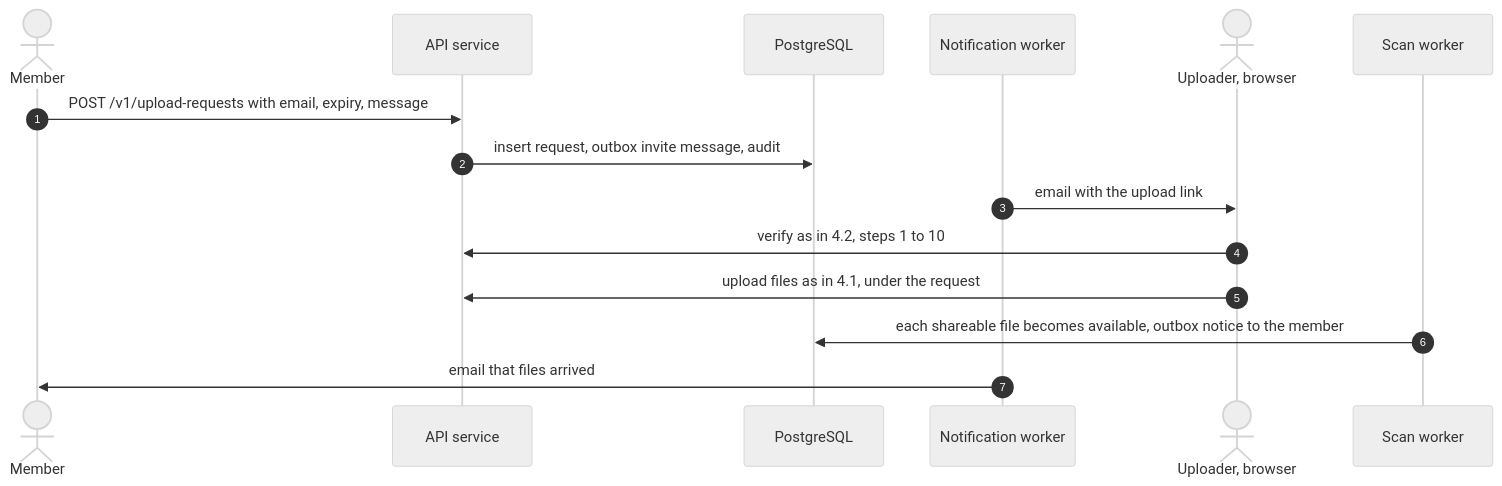
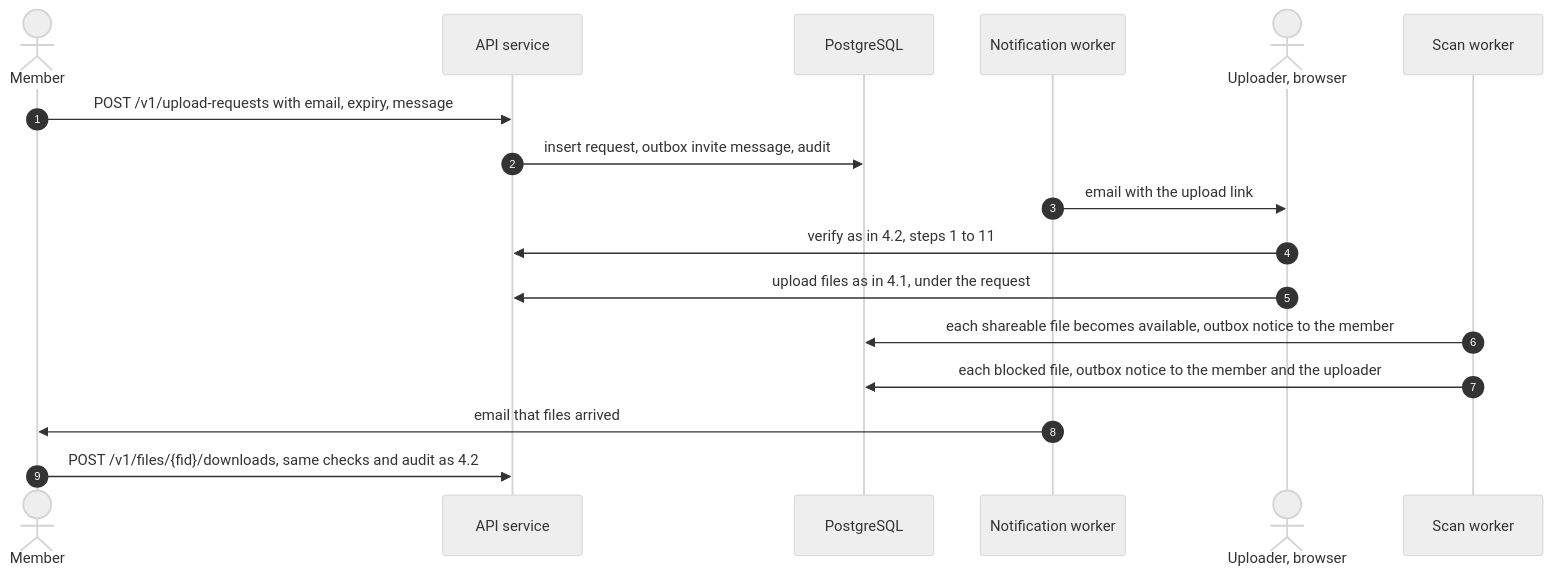
Before and after one commit to codewithmuh/secure-file-transfer: the sixth of 8 diagrams in docs/architecture.md, drawn with Mermaid (neutral theme). The commit also changed other lines of this file, not shown here.

First line of the commit message:
docs: address code review on the architecture (#12)

````diff
--- a/docs/architecture.md
+++ b/docs/architecture.md
@@ -252,17 +283,19 @@
 ```mermaid
 sequenceDiagram
     autonumber
     actor M as Member
     participant API as API service
     participant DB as PostgreSQL
     participant NW as Notification worker
     actor U as Uploader, browser
     participant SW as Scan worker
     M->>API: POST /v1/upload-requests with email, expiry, message
     API->>DB: insert request, outbox invite message, audit
     NW->>U: email with the upload link
-    U->>API: verify as in 4.2, steps 1 to 10
+    U->>API: verify as in 4.2, steps 1 to 11
     U->>API: upload files as in 4.1, under the request
     SW->>DB: each shareable file becomes available, outbox notice to the member
+    SW->>DB: each blocked file, outbox notice to the member and the uploader
     NW->>M: email that files arrived
+    M->>API: POST /v1/files/{fid}/downloads, same checks and audit as 4.2
 ```
````
